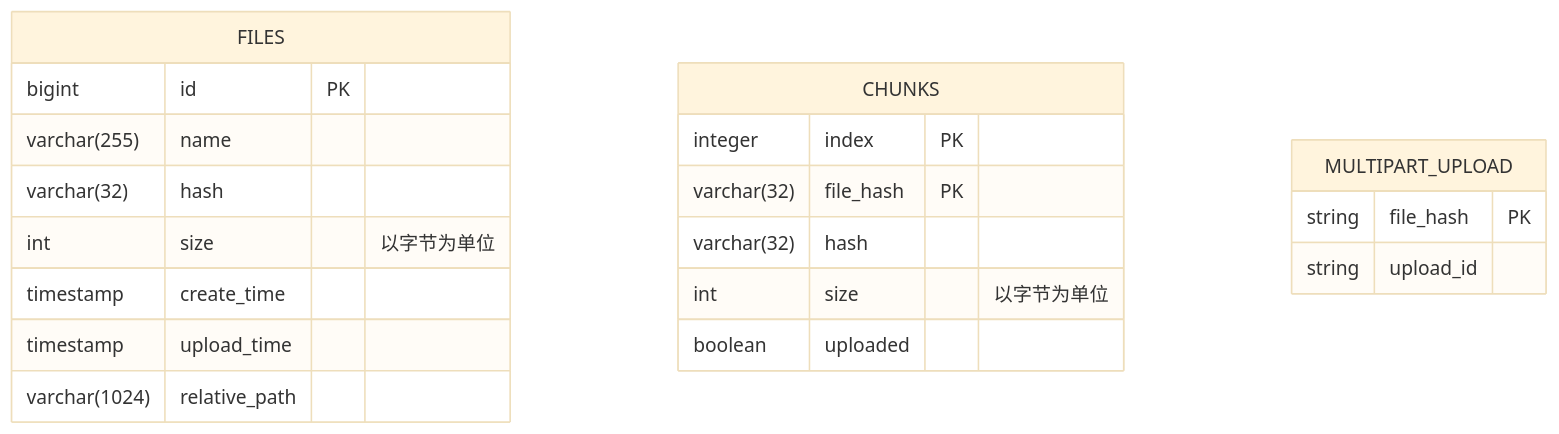
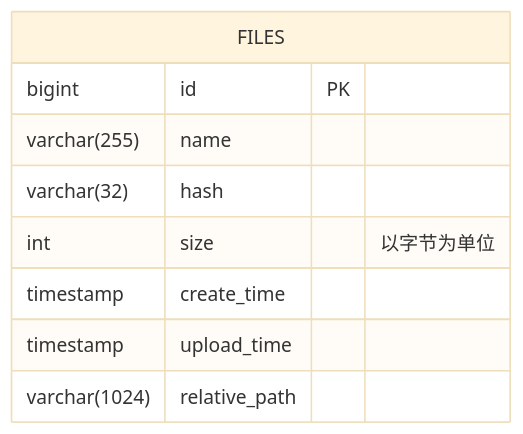
Before and after one commit to niuiic/file-service: the third of 11 diagrams in README.md, drawn with Mermaid (base theme). The commit also changed other lines of this file, not shown here.

Commit message:
docs: update design

````diff
--- a/README.md
+++ b/README.md
@@ -106,25 +106,12 @@
 ```mermaid
 erDiagram
     FILES {
         bigint id PK
         varchar(255) name
         varchar(32) hash
         int size "以字节为单位"
         timestamp create_time
         timestamp upload_time
         varchar(1024) relative_path
     }
-
-    CHUNKS {
-        integer index PK
-        varchar(32) file_hash PK
-        varchar(32) hash
-        int size "以字节为单位"
-        boolean uploaded
-    }
-
-    MULTIPART_UPLOAD {
-        string file_hash PK
-        string upload_id
-    }
 ```
````
